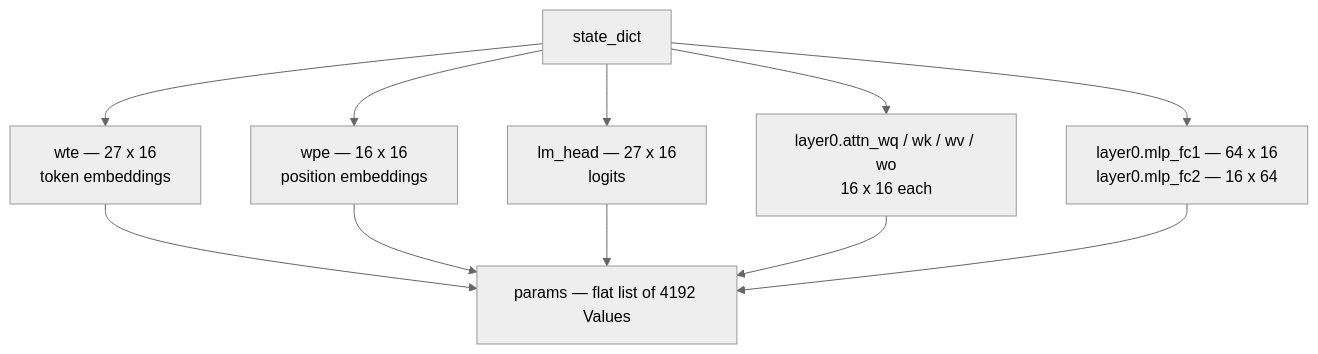
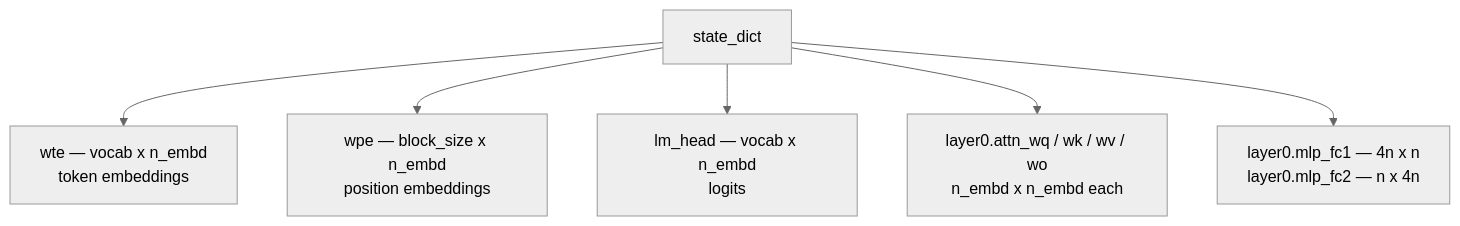
Before and after one commit to scotfree/lightningcatcher: the first of 4 diagrams in lcgpt/notebooks/03_the_transformer_block.md, drawn with Mermaid (neutral theme). The commit also changed other lines of this file and 11 other files, not shown here.

````diff
--- a/lcgpt/notebooks/03_the_transformer_block.md
+++ b/lcgpt/notebooks/03_the_transformer_block.md
@@ -70,13 +118,8 @@
 ```mermaid
 flowchart TD
-    S["state_dict"] --> A["wte — 27 x 16<br/>token embeddings"]
-    S --> B["wpe — 16 x 16<br/>position embeddings"]
-    S --> C["lm_head — 27 x 16<br/>logits"]
-    S --> D["layer0.attn_wq / wk / wv / wo<br/>16 x 16 each"]
-    S --> E["layer0.mlp_fc1 — 64 x 16<br/>layer0.mlp_fc2 — 16 x 64"]
-    A --> P["params — flat list of 4192 Values"]
-    B --> P
-    C --> P
-    D --> P
-    E --> P
+    S["state_dict"] --> A["wte — vocab x n_embd<br/>token embeddings"]
+    S --> B["wpe — block_size x n_embd<br/>position embeddings"]
+    S --> C["lm_head — vocab x n_embd<br/>logits"]
+    S --> D["layer0.attn_wq / wk / wv / wo<br/>n_embd x n_embd each"]
+    S --> E["layer0.mlp_fc1 — 4n x n<br/>layer0.mlp_fc2 — n x 4n"]
 ```
````
